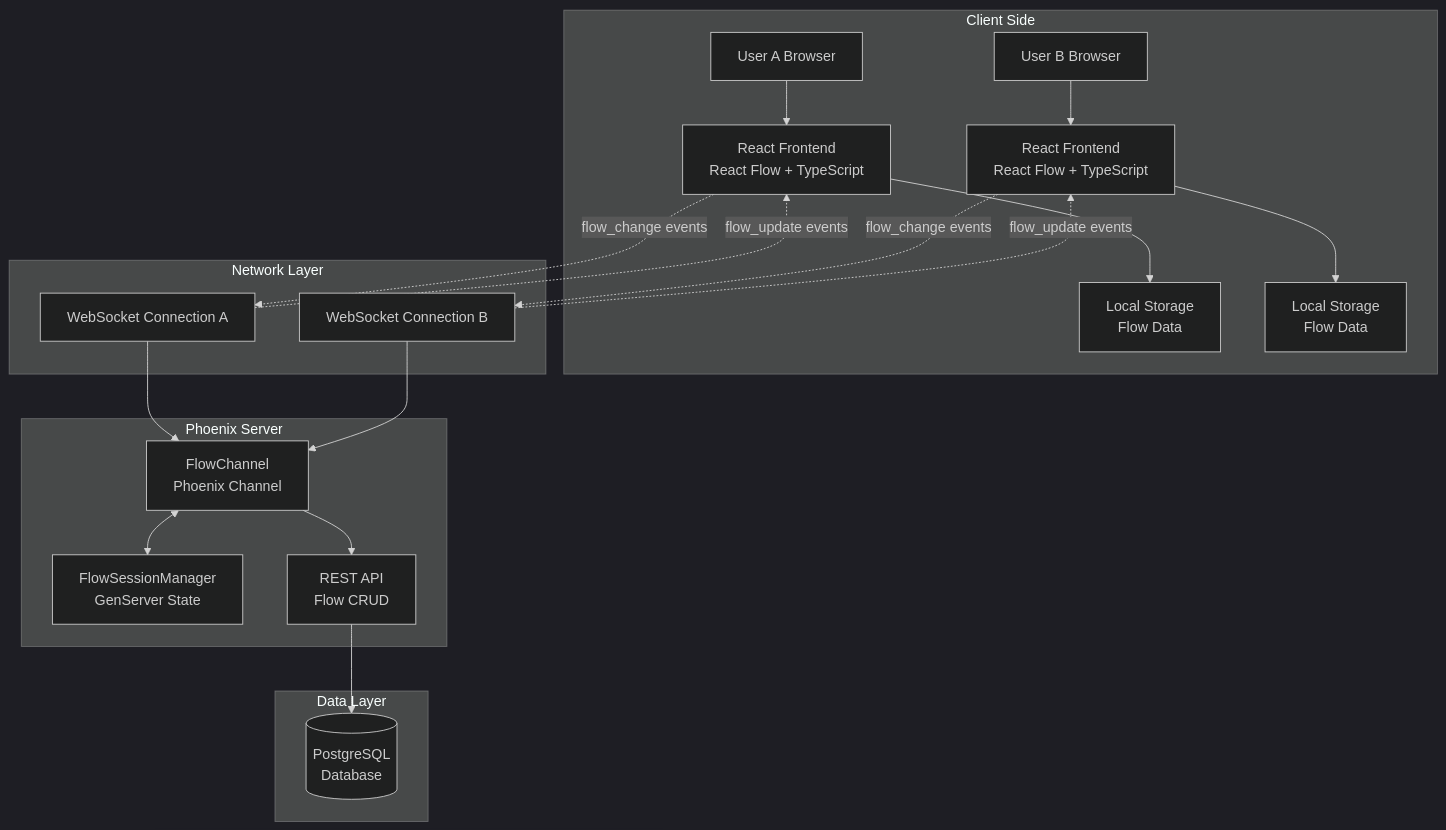
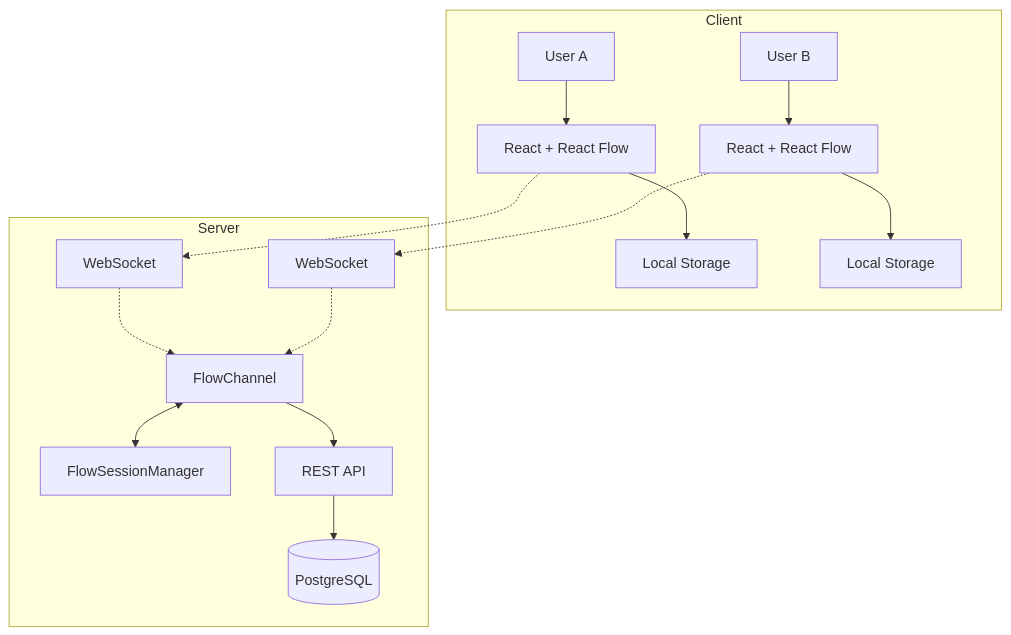
One commit to ccarvalho-eng/helix changed the diagram in README.md. Above: the diagram before and after it, drawn with Mermaid. The commit also changed other lines of this file, not shown here.

````diff
--- a/README.md
+++ b/README.md
@@ -141,43 +102,16 @@
 ```mermaid
-%%{init: {'theme':'dark'}}%%
 graph TB
-    subgraph "Client Side"
-        UA[User A Browser]
-        UB[User B Browser]
-        FEA[React Frontend<br/>React Flow + TypeScript]
-        FEB[React Frontend<br/>React Flow + TypeScript]
-        LSA[Local Storage<br/>Flow Data]
-        LSB[Local Storage<br/>Flow Data]
-
-        UA --> FEA
-        UB --> FEB
-        FEA --> LSA
-        FEB --> LSB
+    subgraph Client
+        U1[User A] --> FE1[React + React Flow]
+        U2[User B] --> FE2[React + React Flow]
+        FE1 --> LS1[Local Storage]
+        FE2 --> LS2[Local Storage]
     end
-
-    subgraph "Network Layer"
-        WSA[WebSocket Connection A]
-        WSB[WebSocket Connection B]
-
-        FEA -.->|flow_change events| WSA
-        FEB -.->|flow_change events| WSB
-        WSA -.->|flow_update events| FEA
-        WSB -.->|flow_update events| FEB
-    end
-
-    subgraph "Phoenix Server"
-        FC[FlowChannel<br/>Phoenix Channel]
-        FSM[FlowSessionManager<br/>GenServer State]
-        API[REST API<br/>Flow CRUD]
-
-        WSA --> FC
-        WSB --> FC
-        FC <--> FSM
-        FC --> API
-    end
-
-    subgraph "Data Layer"
-        PG[(PostgreSQL<br/>Database)]
-        API --> PG
+    subgraph Server
+        FE1 -.-> WS1[WebSocket] -.-> FC[FlowChannel]
+        FE2 -.-> WS2[WebSocket] -.-> FC
+        FC <--> FSM[FlowSessionManager]
+        FC --> API[REST API]
+        API --> DB[(PostgreSQL)]
     end
 ```
````
